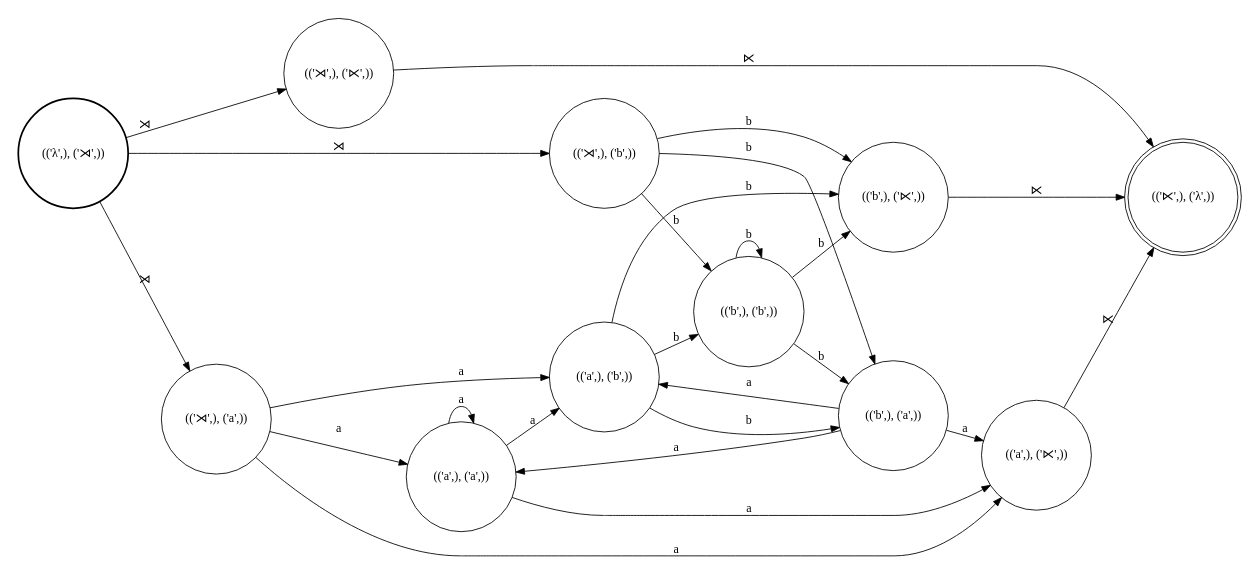
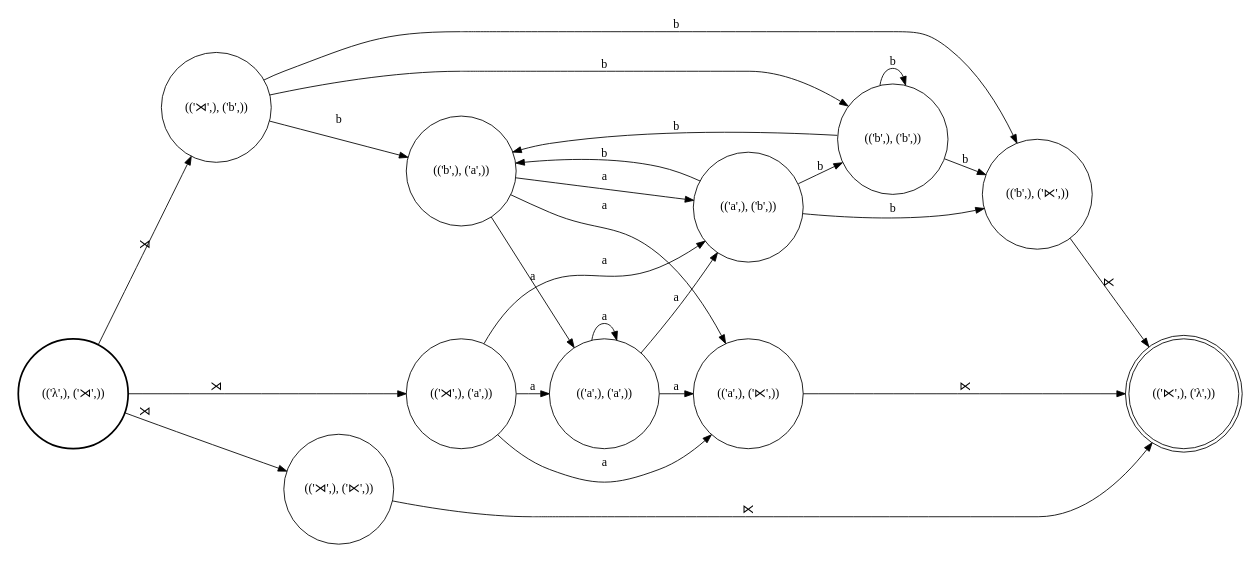
The diagram in demo/LR.dot (colincwilson/wynini), drawn with Graphviz before and after one commit. The commit also changed 6 other files, not shown here.

```diff
--- a/demo/LR.dot
+++ b/demo/LR.dot
@@ -1,43 +1,43 @@
 digraph FST {
 rankdir = LR;
 size = "8.5,11";
 center = 1;
 orientation = Portrait;
 ranksep = "0.4";
 nodesep = "0.25";
 0 [label = "(('λ',), ('⋊',))", shape = circle, style = bold, fontsize = 14]
 	0 -> 1 [label = "⋊", fontsize = 14];
 	0 -> 2 [label = "⋊", fontsize = 14];
 	0 -> 3 [label = "⋊", fontsize = 14];
-1 [label = "(('⋊',), ('a',))", shape = circle, style = solid, fontsize = 14]
-	1 -> 4 [label = "a", fontsize = 14];
-	1 -> 5 [label = "a", fontsize = 14];
-	1 -> 6 [label = "a", fontsize = 14];
-2 [label = "(('⋊',), ('⋉',))", shape = circle, style = solid, fontsize = 14]
-	2 -> 7 [label = "⋉", fontsize = 14];
-3 [label = "(('⋊',), ('b',))", shape = circle, style = solid, fontsize = 14]
-	3 -> 8 [label = "b", fontsize = 14];
-	3 -> 9 [label = "b", fontsize = 14];
-	3 -> 10 [label = "b", fontsize = 14];
-4 [label = "(('a',), ('⋉',))", shape = circle, style = solid, fontsize = 14]
+1 [label = "(('⋊',), ('b',))", shape = circle, style = solid, fontsize = 14]
+	1 -> 4 [label = "b", fontsize = 14];
+	1 -> 5 [label = "b", fontsize = 14];
+	1 -> 6 [label = "b", fontsize = 14];
+2 [label = "(('⋊',), ('a',))", shape = circle, style = solid, fontsize = 14]
+	2 -> 8 [label = "a", fontsize = 14];
+	2 -> 9 [label = "a", fontsize = 14];
+	2 -> 10 [label = "a", fontsize = 14];
+3 [label = "(('⋊',), ('⋉',))", shape = circle, style = solid, fontsize = 14]
+	3 -> 7 [label = "⋉", fontsize = 14];
+4 [label = "(('b',), ('⋉',))", shape = circle, style = solid, fontsize = 14]
 	4 -> 7 [label = "⋉", fontsize = 14];
-5 [label = "(('a',), ('a',))", shape = circle, style = solid, fontsize = 14]
-	5 -> 4 [label = "a", fontsize = 14];
-	5 -> 5 [label = "a", fontsize = 14];
-	5 -> 6 [label = "a", fontsize = 14];
-6 [label = "(('a',), ('b',))", shape = circle, style = solid, fontsize = 14]
-	6 -> 8 [label = "b", fontsize = 14];
-	6 -> 9 [label = "b", fontsize = 14];
-	6 -> 10 [label = "b", fontsize = 14];
+5 [label = "(('b',), ('a',))", shape = circle, style = solid, fontsize = 14]
+	5 -> 8 [label = "a", fontsize = 14];
+	5 -> 9 [label = "a", fontsize = 14];
+	5 -> 10 [label = "a", fontsize = 14];
+6 [label = "(('b',), ('b',))", shape = circle, style = solid, fontsize = 14]
+	6 -> 4 [label = "b", fontsize = 14];
+	6 -> 5 [label = "b", fontsize = 14];
+	6 -> 6 [label = "b", fontsize = 14];
 7 [label = "(('⋉',), ('λ',))", shape = doublecircle, style = solid, fontsize = 14]
-8 [label = "(('b',), ('⋉',))", shape = circle, style = solid, fontsize = 14]
+8 [label = "(('a',), ('⋉',))", shape = circle, style = solid, fontsize = 14]
 	8 -> 7 [label = "⋉", fontsize = 14];
-9 [label = "(('b',), ('a',))", shape = circle, style = solid, fontsize = 14]
-	9 -> 4 [label = "a", fontsize = 14];
-	9 -> 5 [label = "a", fontsize = 14];
-	9 -> 6 [label = "a", fontsize = 14];
-10 [label = "(('b',), ('b',))", shape = circle, style = solid, fontsize = 14]
-	10 -> 8 [label = "b", fontsize = 14];
-	10 -> 9 [label = "b", fontsize = 14];
-	10 -> 10 [label = "b", fontsize = 14];
+9 [label = "(('a',), ('a',))", shape = circle, style = solid, fontsize = 14]
+	9 -> 8 [label = "a", fontsize = 14];
+	9 -> 9 [label = "a", fontsize = 14];
+	9 -> 10 [label = "a", fontsize = 14];
+10 [label = "(('a',), ('b',))", shape = circle, style = solid, fontsize = 14]
+	10 -> 4 [label = "b", fontsize = 14];
+	10 -> 5 [label = "b", fontsize = 14];
+	10 -> 6 [label = "b", fontsize = 14];
 }
```
